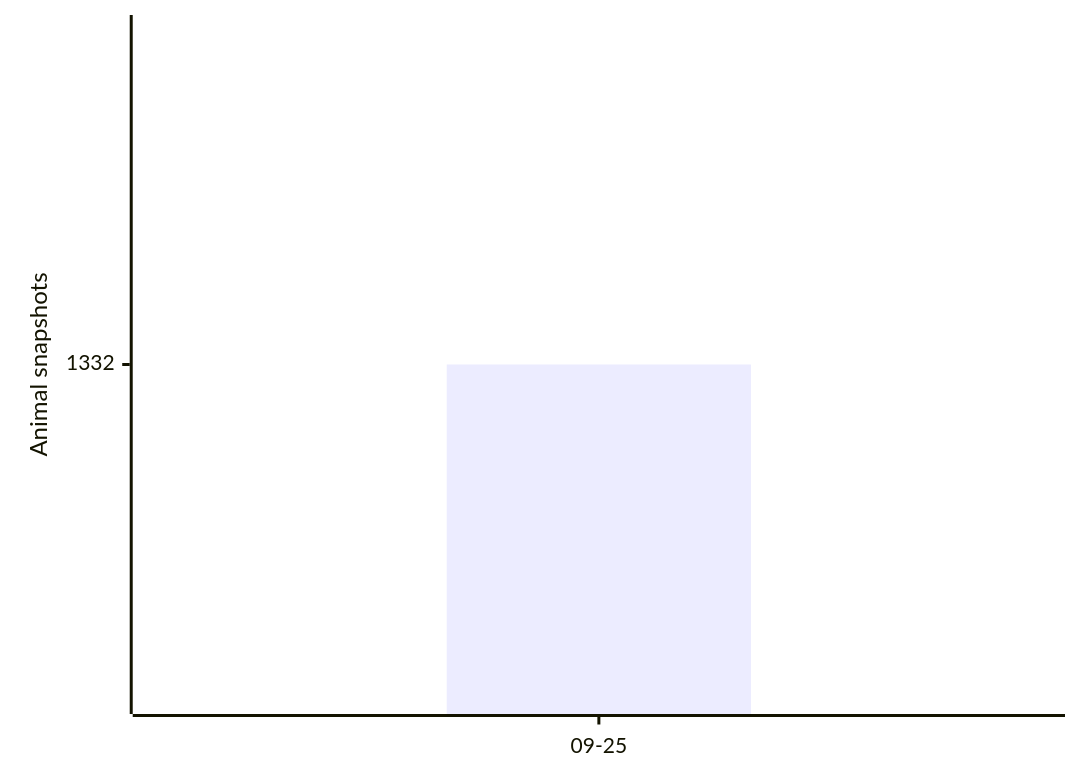
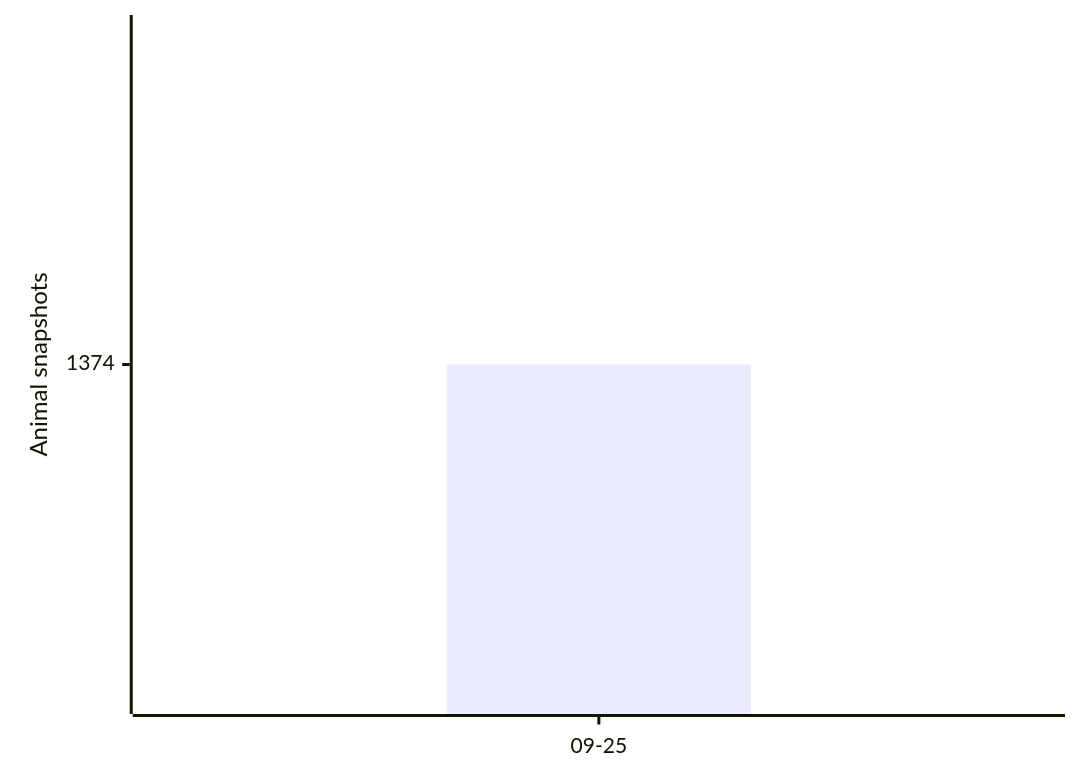
One commit to joshuafrommeyer-35/PierTracker changed the first of 3 diagrams in README.md. Above: the diagram before and after it, drawn with Mermaid. The commit also changed other lines of this file and 5 other files, not shown here.

````diff
--- a/README.md
+++ b/README.md
@@ -97,6 +97,6 @@
 ```mermaid
 xychart-beta
     x-axis ["09-25"]
     y-axis "Animal snapshots"
-    bar [1332]
+    bar [1374]
 ```
````
